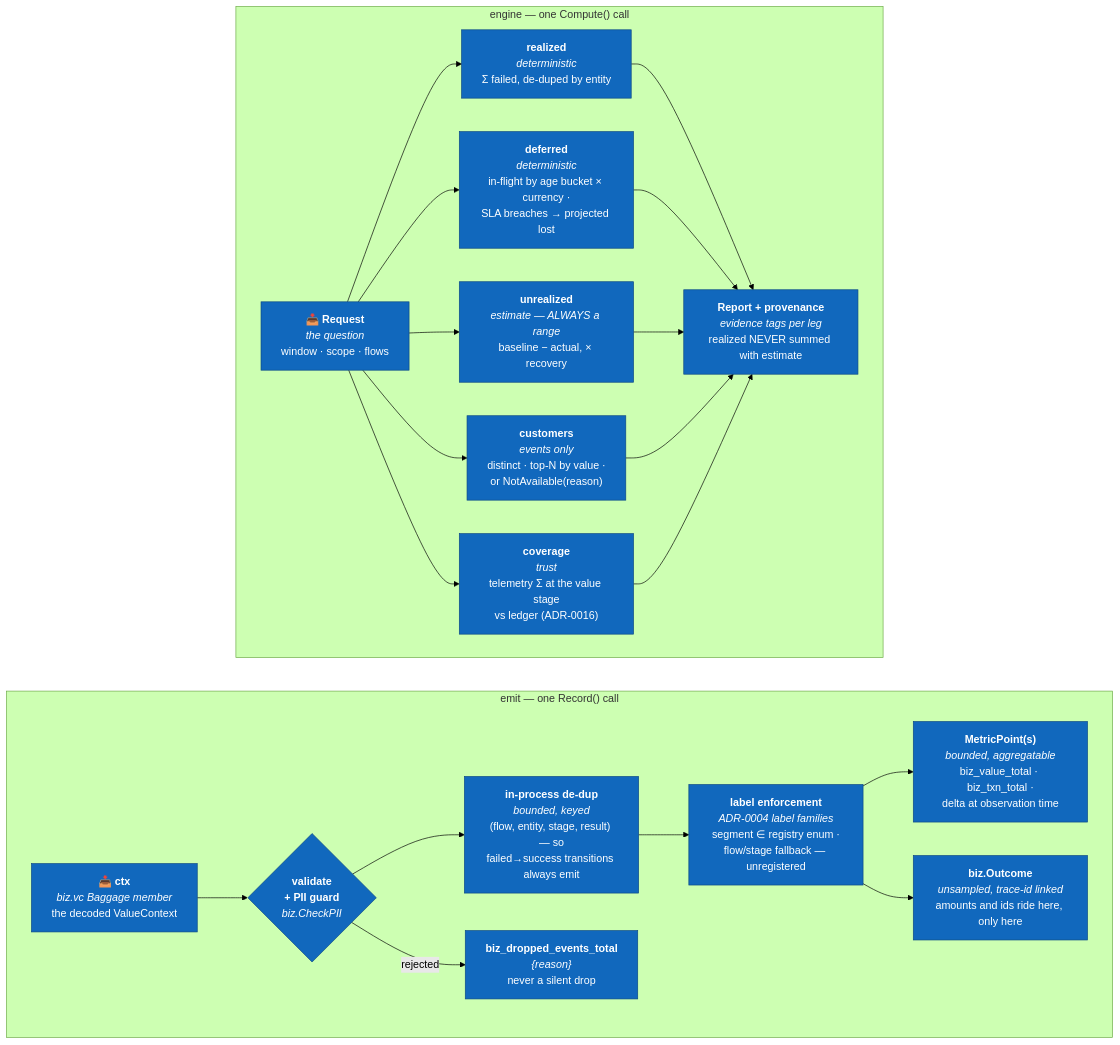
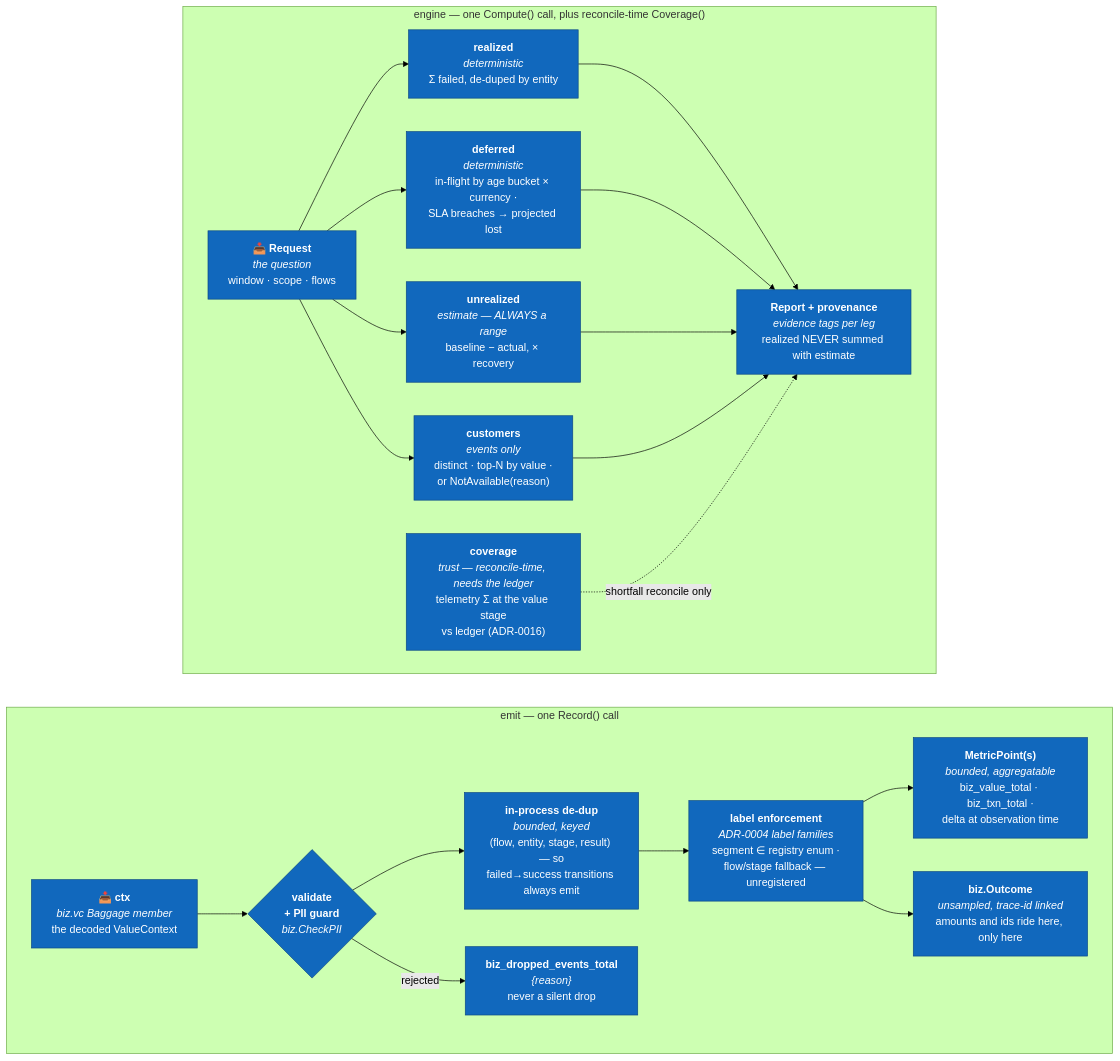
One commit to NightWatchEng/shortfall changed the diagram in docs/architecture/c4-l3-components.md. Above: the diagram before and after it, drawn with Mermaid (forest theme). The commit also changed other lines of this file and 3 other files, not shown here.

````diff
--- a/docs/architecture/c4-l3-components.md
+++ b/docs/architecture/c4-l3-components.md
@@ -15,33 +16,34 @@
 ```mermaid
 flowchart LR
     subgraph capture["emit — one Record() call"]
         direction LR
         CTX["📥 <b>ctx</b><br/><i>biz.vc Baggage member</i><br/>the decoded ValueContext"]
         VAL{"<b>validate<br/>+ PII guard</b><br/><i>biz.CheckPII</i>"}
         DEDUP["<b>in-process de-dup</b><br/><i>bounded, keyed</i><br/>(flow, entity, stage, result) — so<br/>failed→success transitions always emit"]
         LABELS["<b>label enforcement</b><br/><i>ADR-0004 label families</i><br/>segment ∈ registry enum ·<br/>flow/stage fallback — unregistered"]
         MP["<b>MetricPoint(s)</b><br/><i>bounded, aggregatable</i><br/>biz_value_total · biz_txn_total ·<br/>delta at observation time"]
         OUT["<b>biz.Outcome</b><br/><i>unsampled, trace-id linked</i><br/>amounts and ids ride here, only here"]
         DROP["<b>biz_dropped_events_total</b><br/><i>{reason}</i><br/>never a silent drop"]
         CTX --> VAL --> DEDUP --> LABELS
         LABELS --> MP
         LABELS --> OUT
         VAL -->|"rejected"| DROP
     end
 
-    subgraph engine["engine — one Compute() call"]
+    subgraph engine["engine — one Compute() call, plus reconcile-time Coverage()"]
         direction LR
         REQ["📥 <b>Request</b><br/><i>the question</i><br/>window · scope · flows"]
         REAL["<b>realized</b><br/><i>deterministic</i><br/>Σ failed, de-duped by entity"]
         DEF["<b>deferred</b><br/><i>deterministic</i><br/>in-flight by age bucket × currency ·<br/>SLA breaches → projected lost"]
         UNREAL["<b>unrealized</b><br/><i>estimate — ALWAYS a range</i><br/>baseline − actual, × recovery"]
         CUST["<b>customers</b><br/><i>events only</i><br/>distinct · top-N by value ·<br/>or NotAvailable(reason)"]
-        COV["<b>coverage</b><br/><i>trust</i><br/>telemetry Σ at the value stage<br/>vs ledger (ADR-0016)"]
+        COV["<b>coverage</b><br/><i>trust — reconcile-time, needs the ledger</i><br/>telemetry Σ at the value stage<br/>vs ledger (ADR-0016)"]
         REP["<b>Report + provenance</b><br/><i>evidence tags per leg</i><br/>realized NEVER summed with estimate"]
-        REQ --> REAL & DEF & UNREAL & CUST & COV --> REP
+        REQ --> REAL & DEF & UNREAL & CUST --> REP
+        COV -.->|"shortfall reconcile only"| REP
     end
 
     classDef core fill:#1168bd,stroke:#0b4884,color:#fff;
     class CTX,VAL,DEDUP,LABELS,MP,OUT,DROP core;
     class REQ,REAL,DEF,UNREAL,CUST,COV,REP core;
 ```
````
